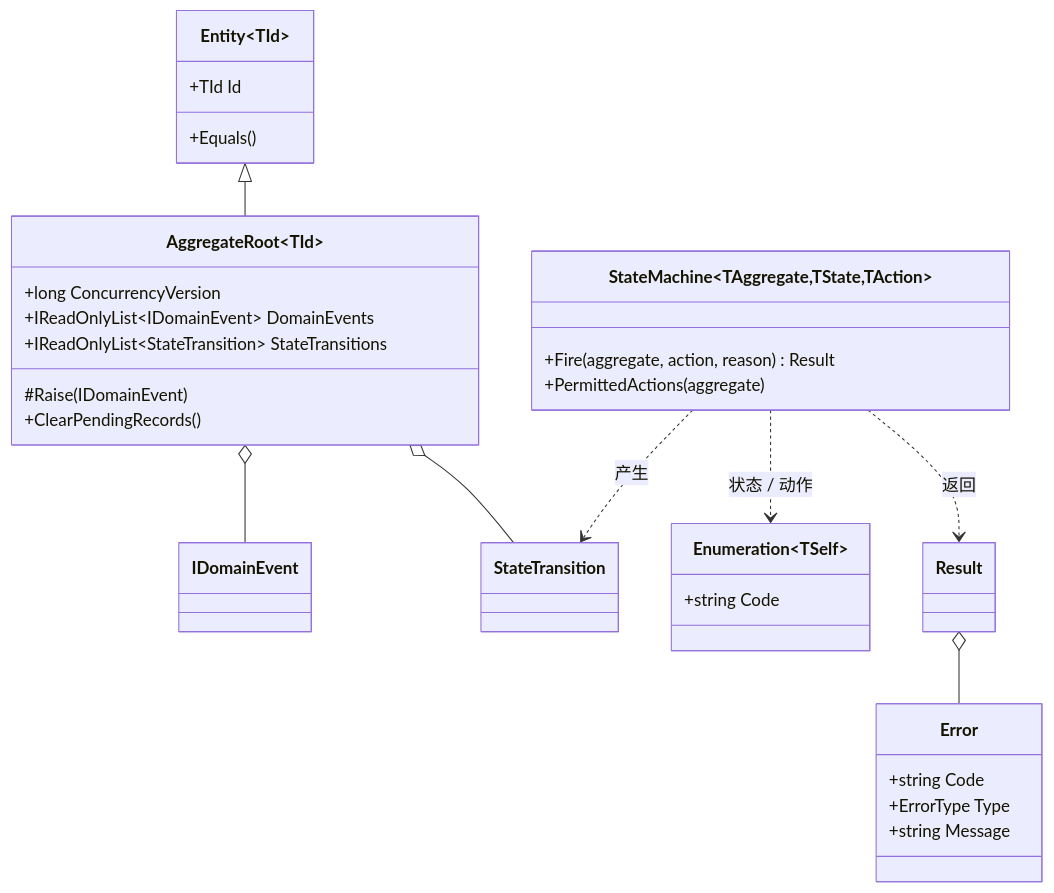
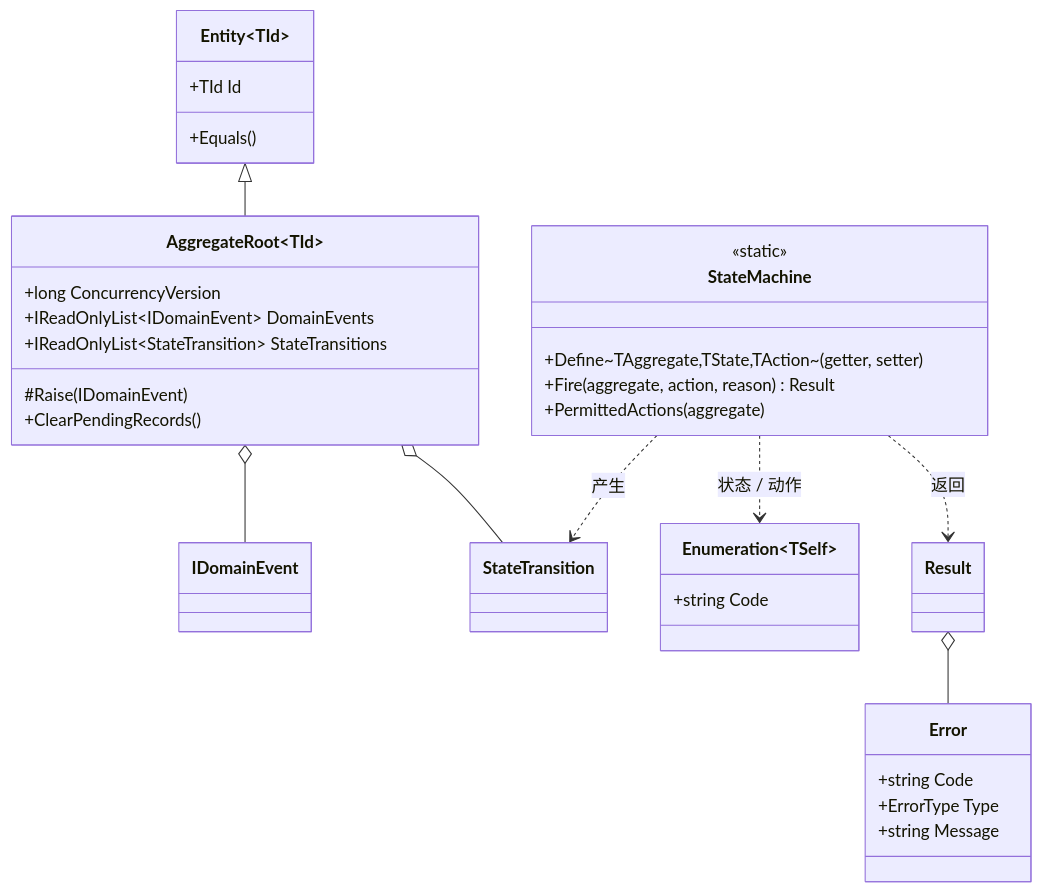
One commit to gw-hhh/KMIC.Platform changed the first of 3 diagrams in docs/framework/05-infrastructure/05-01-领域基础构件.md. Above: the diagram before and after it, drawn with Mermaid. The commit also changed other lines of this file and 6 other files, not shown here.

First line of the commit message:
build: 现代写法改为构建时检查；状态机入口改为 StateMachine.Define<…>

````diff
--- a/docs/framework/05-infrastructure/05-01-领域基础构件.md
+++ b/docs/framework/05-infrastructure/05-01-领域基础构件.md
@@ -27,36 +27,40 @@
 ```mermaid
 classDiagram
     class Entity~TId~ {
         +TId Id
         +Equals()
     }
     class AggregateRoot~TId~ {
         +long ConcurrencyVersion
         +IReadOnlyList~IDomainEvent~ DomainEvents
         +IReadOnlyList~StateTransition~ StateTransitions
         #Raise(IDomainEvent)
         +ClearPendingRecords()
     }
     class IDomainEvent
+    class StateMachine {
+        <<static>>
+        +Define~TAggregate,TState,TAction~(getter, setter)
+    }
     class StateMachine~TAggregate,TState,TAction~ {
         +Fire(aggregate, action, reason) Result
         +PermittedActions(aggregate)
     }
     class StateTransition
     class Enumeration~TSelf~ {
         +string Code
     }
     class Result
     class Error {
         +string Code
         +ErrorType Type
         +string Message
     }
     Entity <|-- AggregateRoot
     AggregateRoot o-- IDomainEvent
     AggregateRoot o-- StateTransition
     StateMachine ..> StateTransition : 产生
     StateMachine ..> Result : 返回
     StateMachine ..> Enumeration : 状态 / 动作
     Result o-- Error
 ```
````
